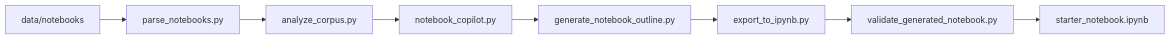
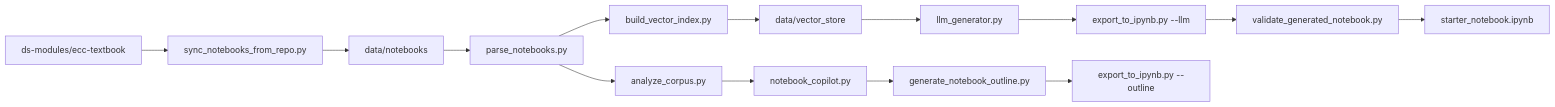
Before and after one commit to arianag27/ai-notebook-builder: the diagram in README.md, drawn with Mermaid. The commit also changed other lines of this file and 168 other files, not shown here.

````diff
--- a/README.md
+++ b/README.md
@@ -41,10 +45,16 @@
 ```mermaid
 flowchart LR
-    A[data/notebooks] --> B[parse_notebooks.py]
-    B --> C[analyze_corpus.py]
-    C --> D[notebook_copilot.py]
-    D --> E[generate_notebook_outline.py]
-    E --> F[export_to_ipynb.py]
-    F --> G[validate_generated_notebook.py]
-    G --> H[starter_notebook.ipynb]
+    A[ds-modules/ecc-textbook] --> B[sync_notebooks_from_repo.py]
+    B --> C[data/notebooks]
+    C --> D[parse_notebooks.py]
+    D --> E[analyze_corpus.py]
+    D --> F[build_vector_index.py]
+    F --> G[data/vector_store]
+    G --> H[llm_generator.py]
+    H --> I[export_to_ipynb.py --llm]
+    I --> J[validate_generated_notebook.py]
+    J --> K[starter_notebook.ipynb]
+    E --> L[notebook_copilot.py]
+    L --> M[generate_notebook_outline.py]
+    M --> N[export_to_ipynb.py --outline]
 ```
````
